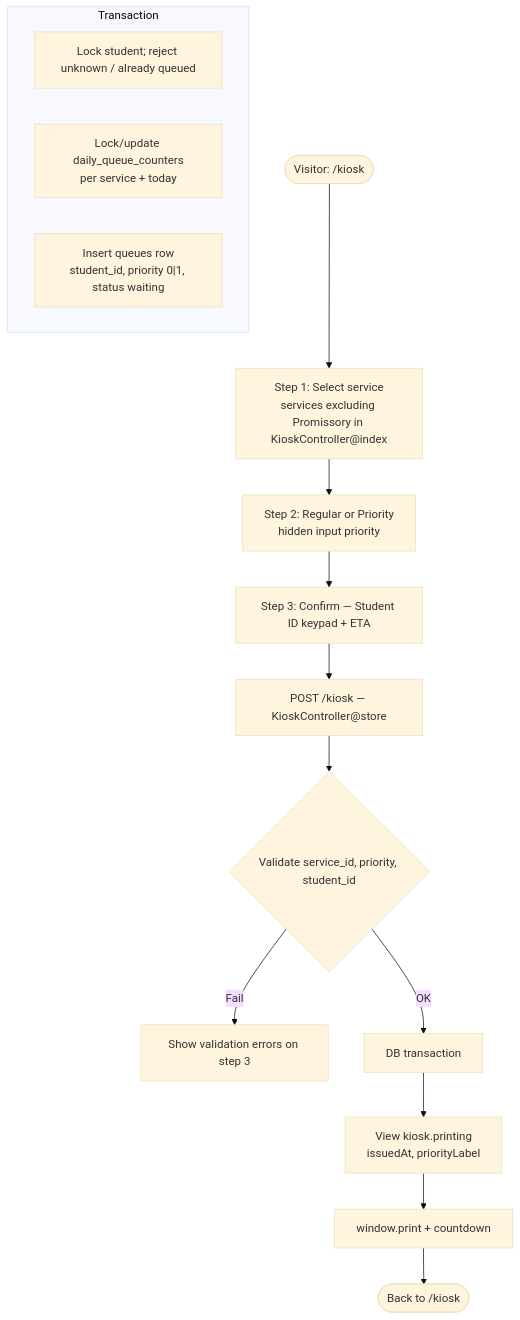
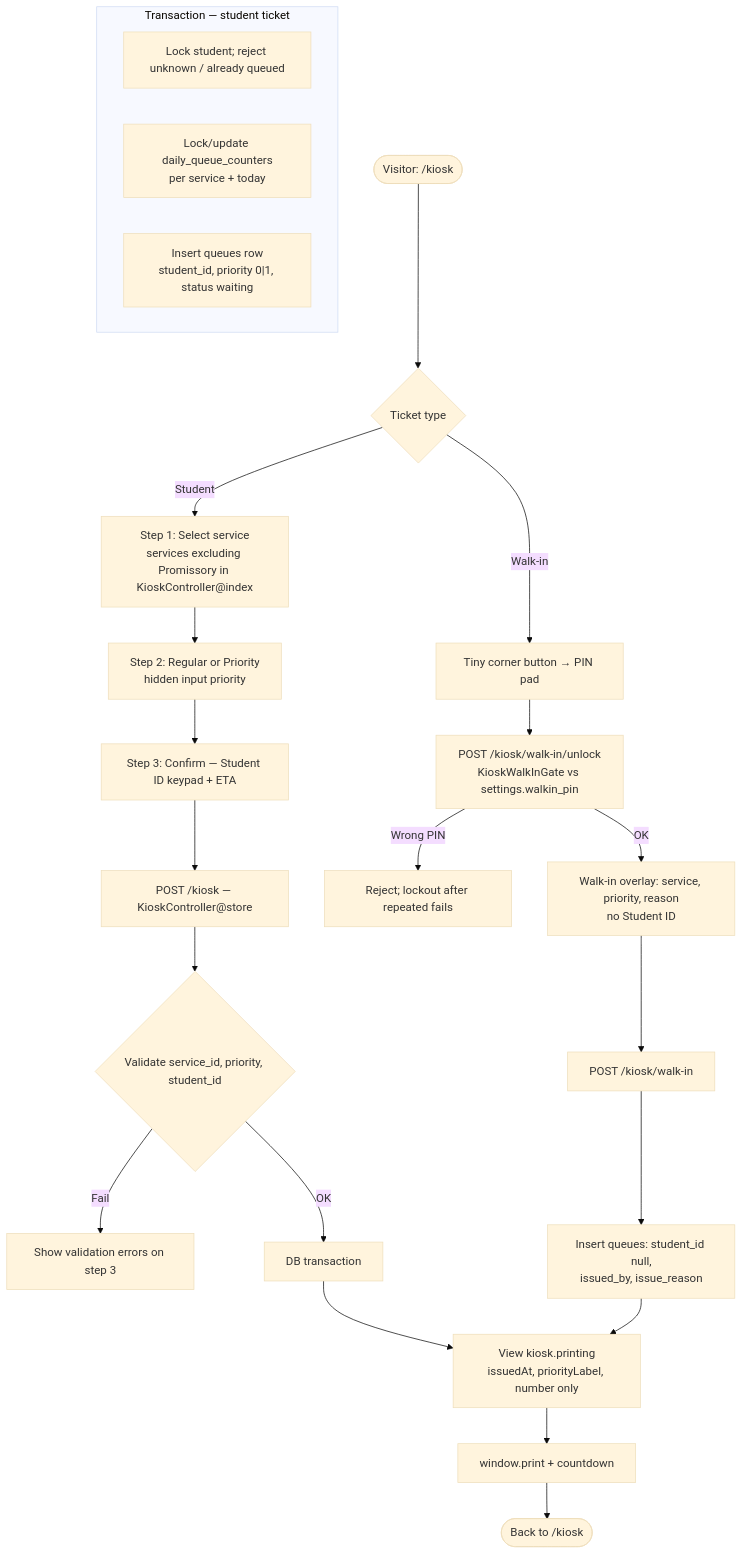
One commit to rhems95/queuing-system changed the third of 12 diagrams in docs/system-flowchart.md. Above: the diagram before and after it, drawn with Mermaid (base theme). The commit also changed other lines of this file and 51 other files, not shown here.

First line of the commit message:
Add kiosk walk-in PIN and block Guard login.

````diff
--- a/docs/system-flowchart.md
+++ b/docs/system-flowchart.md
@@ -89,18 +97,26 @@
 ```mermaid
 flowchart TD
-    Start([Visitor: /kiosk]) --> S1["Step 1: Select service<br/>services excluding Promissory in KioskController@index"]
+    Start([Visitor: /kiosk]) --> Path{Ticket type}
+    Path -->|Student| S1["Step 1: Select service<br/>services excluding Promissory in KioskController@index"]
     S1 --> S2["Step 2: Regular or Priority<br/>hidden input priority"]
     S2 --> S3["Step 3: Confirm — Student ID keypad + ETA"]
     S3 --> POST["POST /kiosk — KioskController@store"]
     POST --> V{"Validate service_id, priority, student_id"}
     V -->|Fail| E["Show validation errors on step 3"]
     V -->|OK| Txn["DB transaction"]
-    subgraph Trn["Transaction"]
+    subgraph Trn["Transaction — student ticket"]
         T0["Lock student; reject unknown / already queued"]
         T1["Lock/update daily_queue_counters<br/>per service + today"]
         T2["Insert queues row<br/>student_id, priority 0|1, status waiting"]
     end
-    Txn --> Print["View kiosk.printing<br/>issuedAt, priorityLabel"]
+    Path -->|Walk-in| PinBtn["Tiny corner button → PIN pad"]
+    PinBtn --> Unlock["POST /kiosk/walk-in/unlock<br/>KioskWalkInGate vs settings.walkin_pin"]
+    Unlock -->|Wrong PIN| PinFail["Reject; lockout after repeated fails"]
+    Unlock -->|OK| Overlay["Walk-in overlay: service, priority, reason<br/>no Student ID"]
+    Overlay --> WPOST["POST /kiosk/walk-in"]
+    WPOST --> WTxn["Insert queues: student_id null,<br/>issued_by, issue_reason"]
+    Txn --> Print
+    WTxn --> Print["View kiosk.printing<br/>issuedAt, priorityLabel, number only"]
     Print --> AP["window.print + countdown"]
     AP --> Home([Back to /kiosk])
 ```
````
